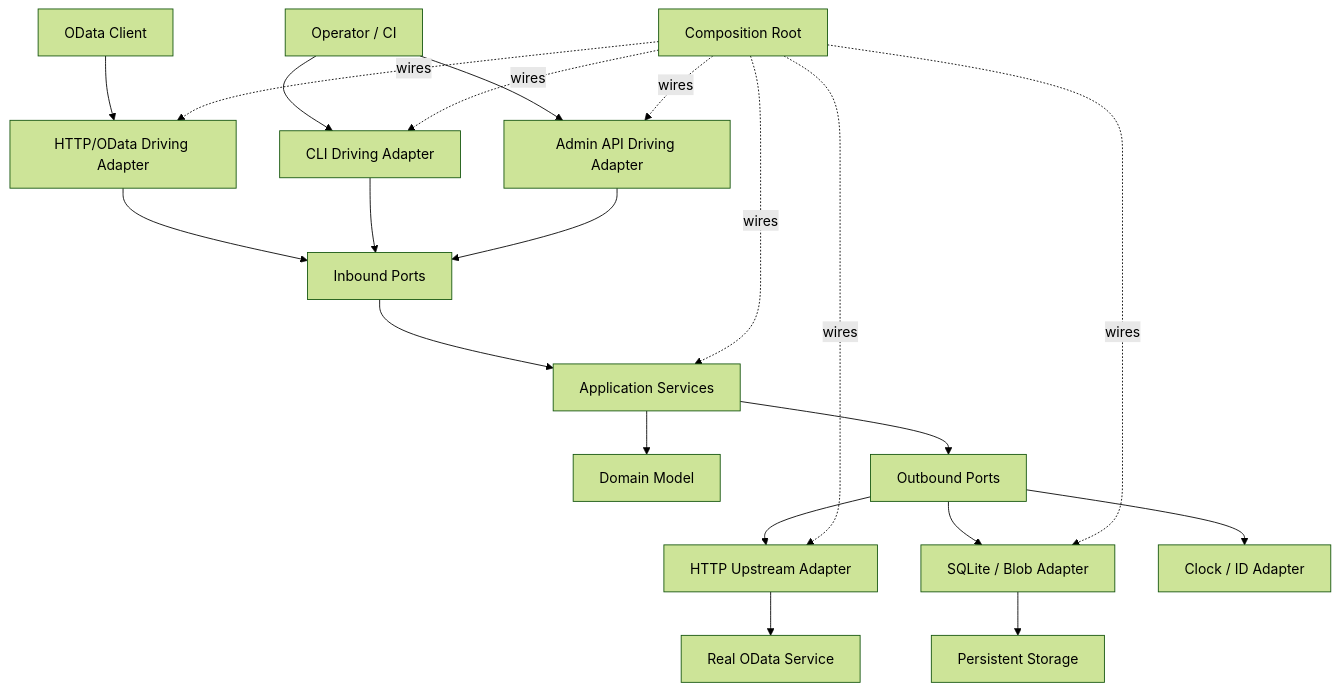
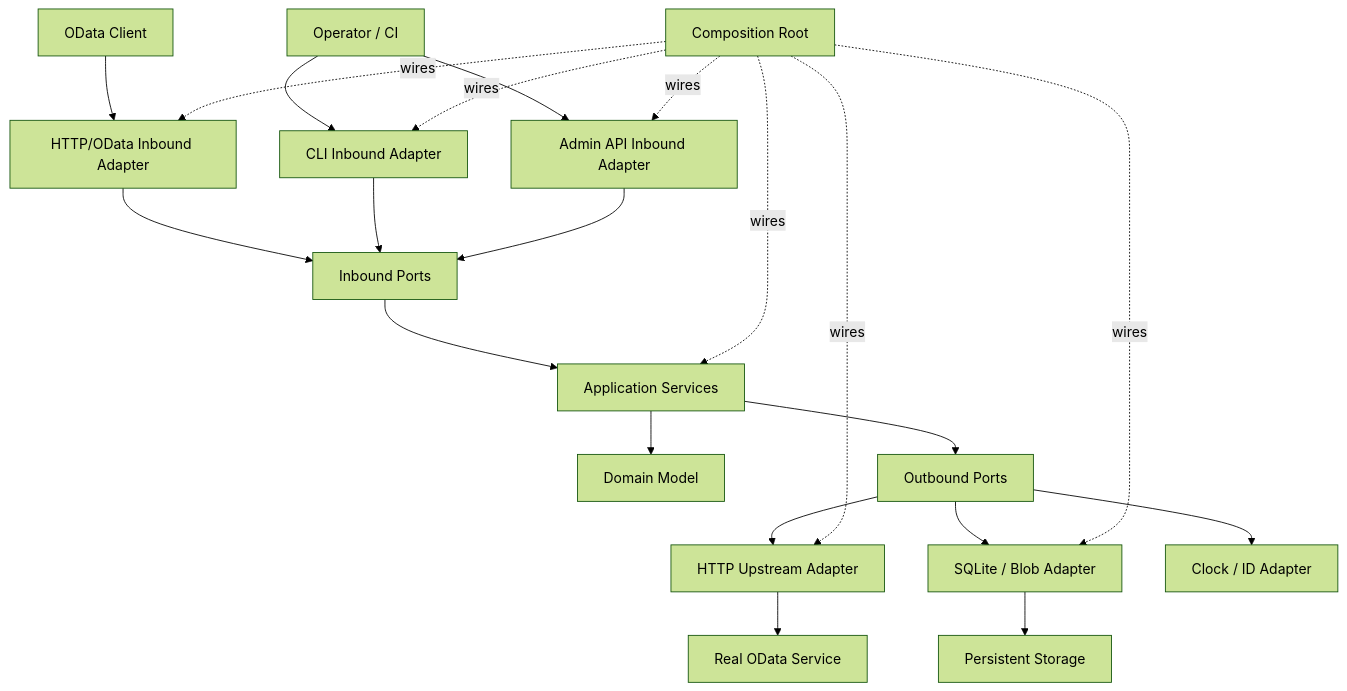
One commit to pt9912/odata-recorder changed the first of 10 diagrams in spec/architecture.md. Above: the diagram before and after it, drawn with Mermaid (forest theme). The commit also changed other lines of this file, not shown here.

Commit message:
Architektur: Ports und Adapter als inbound/outbound benennen (LH-FA-04)

````diff
--- a/spec/architecture.md
+++ b/spec/architecture.md
@@ -24,23 +24,23 @@
 ```mermaid
 flowchart TB
-  Client[OData Client] --> HTTP[HTTP/OData Driving Adapter]
-  Operator[Operator / CI] --> CLI[CLI Driving Adapter]
-  Operator --> Admin[Admin API Driving Adapter]
+  Client[OData Client] --> HTTP[HTTP/OData Inbound Adapter]
+  Operator[Operator / CI] --> CLI[CLI Inbound Adapter]
+  Operator --> Admin[Admin API Inbound Adapter]
   HTTP --> In[Inbound Ports]
   CLI --> In
   Admin --> In
   In --> Svc[Application Services]
   Svc --> Domain[Domain Model]
   Svc --> Out[Outbound Ports]
   Out --> Upstream[HTTP Upstream Adapter]
   Out --> Store[SQLite / Blob Adapter]
   Out --> Clock[Clock / ID Adapter]
   Upstream --> Remote[Real OData Service]
   Store --> Disk[Persistent Storage]
   Boot[Composition Root] -. wires .-> HTTP
   Boot -. wires .-> CLI
   Boot -. wires .-> Admin
   Boot -. wires .-> Svc
   Boot -. wires .-> Upstream
   Boot -. wires .-> Store
 ```
````
